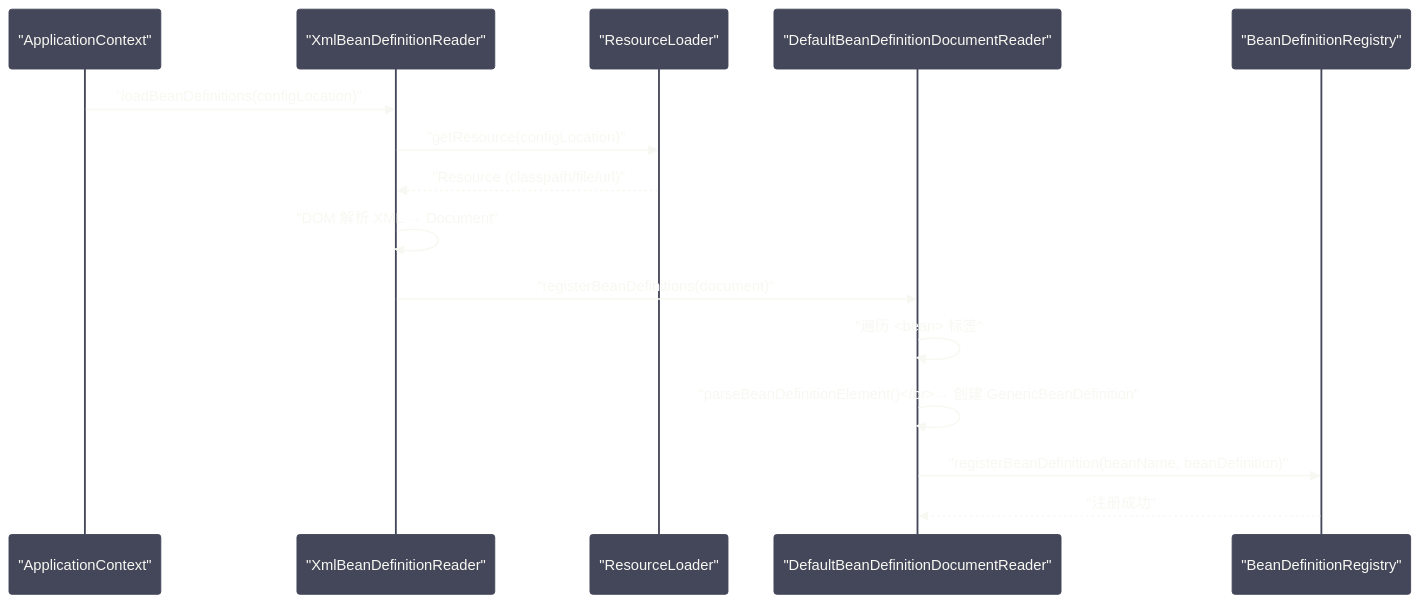
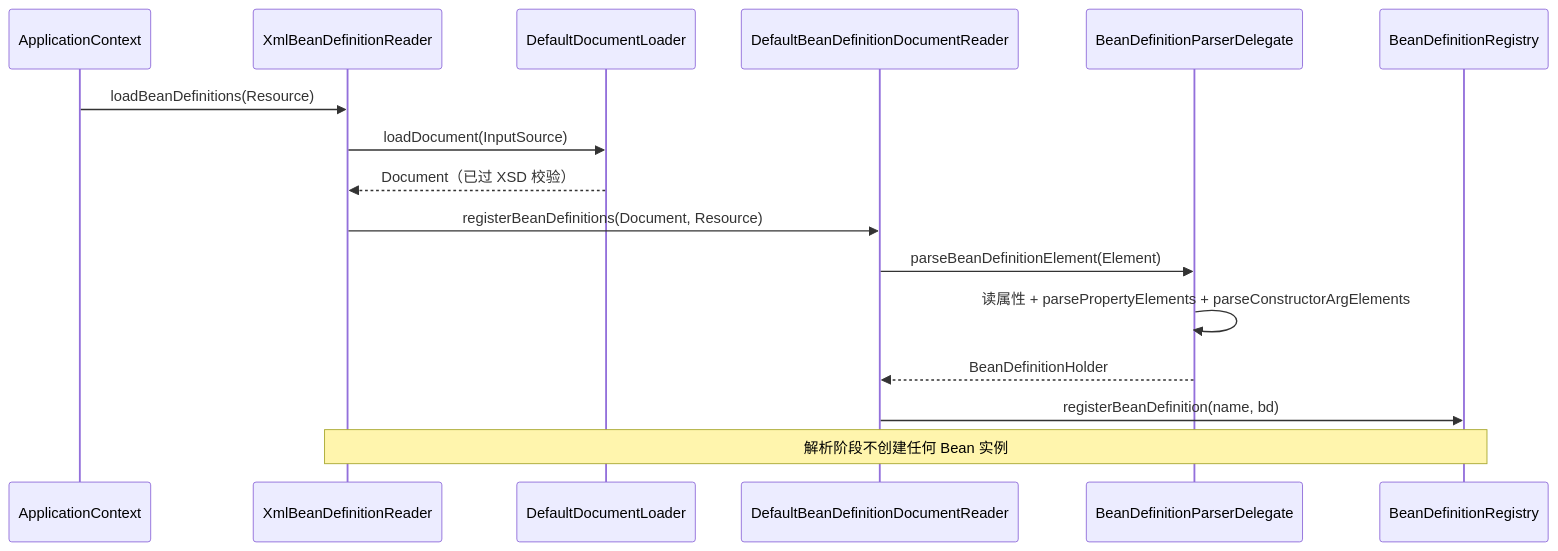
Before and after one commit to hpliStartAgain/my-brain: the third of 6 diagrams in content/Java/SpringCore/03 Bean的定义与注册——从XML到注解驱动.md, drawn with Mermaid. The commit also changed other lines of this file and 455 other files, not shown here.

````diff
--- a/content/Java/SpringCore/03 Bean的定义与注册——从XML到注解驱动.md
+++ b/content/Java/SpringCore/03 Bean的定义与注册——从XML到注解驱动.md
@@ -177,19 +225,19 @@
 ```mermaid
-%%{init: {'theme': 'base', 'themeVariables': {'primaryColor': '#6272a4', 'primaryTextColor': '#f8f8f2', 'primaryBorderColor': '#44475a', 'lineColor': '#bd93f9', 'secondaryColor': '#44475a', 'tertiaryColor': '#282a36', 'background': '#282a36', 'mainBkg': '#44475a', 'nodeBorder': '#6272a4', 'clusterBkg': '#282a36', 'titleColor': '#f8f8f2', 'edgeLabelBackground': '#44475a', 'fontFamily': 'monospace'}}}%%
+%%{init: {'theme': 'dracula'}}%%
 sequenceDiagram
-    participant AC as "ApplicationContext"
-    participant XBDR as "XmlBeanDefinitionReader"
-    participant RL as "ResourceLoader"
-    participant DP as "DefaultBeanDefinitionDocumentReader"
-    participant BDR as "BeanDefinitionRegistry"
-
-    AC->>XBDR: "loadBeanDefinitions(configLocation)"
-    XBDR->>RL: "getResource(configLocation)"
-    RL-->>XBDR: "Resource (classpath/file/url)"
-    XBDR->>XBDR: "DOM 解析 XML → Document"
-    XBDR->>DP: "registerBeanDefinitions(document)"
-    DP->>DP: "遍历 <bean> 标签"
-    DP->>DP: "parseBeanDefinitionElement()</br>→ 创建 GenericBeanDefinition"
-    DP->>BDR: "registerBeanDefinition(beanName, beanDefinition)"
-    BDR-->>DP: "注册成功"
+    participant Ctx as ApplicationContext
+    participant Reader as XmlBeanDefinitionReader
+    participant Loader as DefaultDocumentLoader
+    participant DocReader as DefaultBeanDefinitionDocumentReader
+    participant Delegate as BeanDefinitionParserDelegate
+    participant Reg as BeanDefinitionRegistry
+    Ctx->>Reader: loadBeanDefinitions(Resource)
+    Reader->>Loader: loadDocument(InputSource)
+    Loader-->>Reader: Document（已过 XSD 校验）
+    Reader->>DocReader: registerBeanDefinitions(Document, Resource)
+    DocReader->>Delegate: parseBeanDefinitionElement(Element)
+    Delegate->>Delegate: 读属性 + parsePropertyElements + parseConstructorArgElements
+    Delegate-->>DocReader: BeanDefinitionHolder
+    DocReader->>Reg: registerBeanDefinition(name, bd)
+    Note over Reader,Reg: 解析阶段不创建任何 Bean 实例
 ```
````
